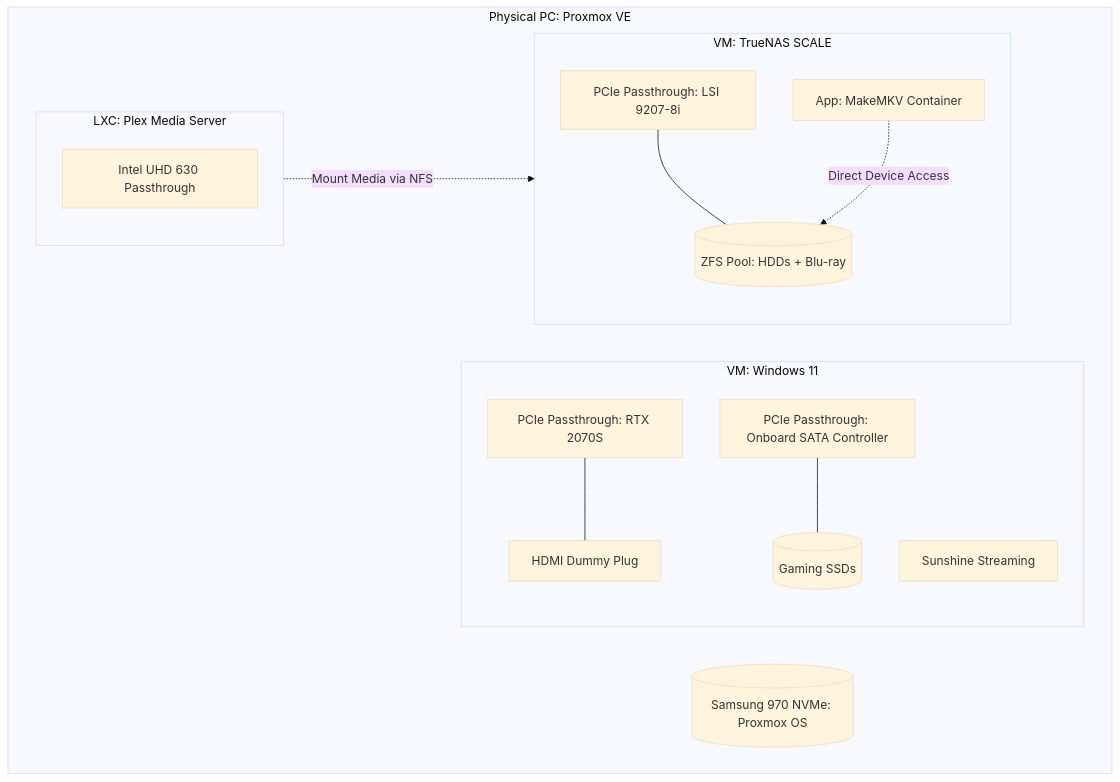
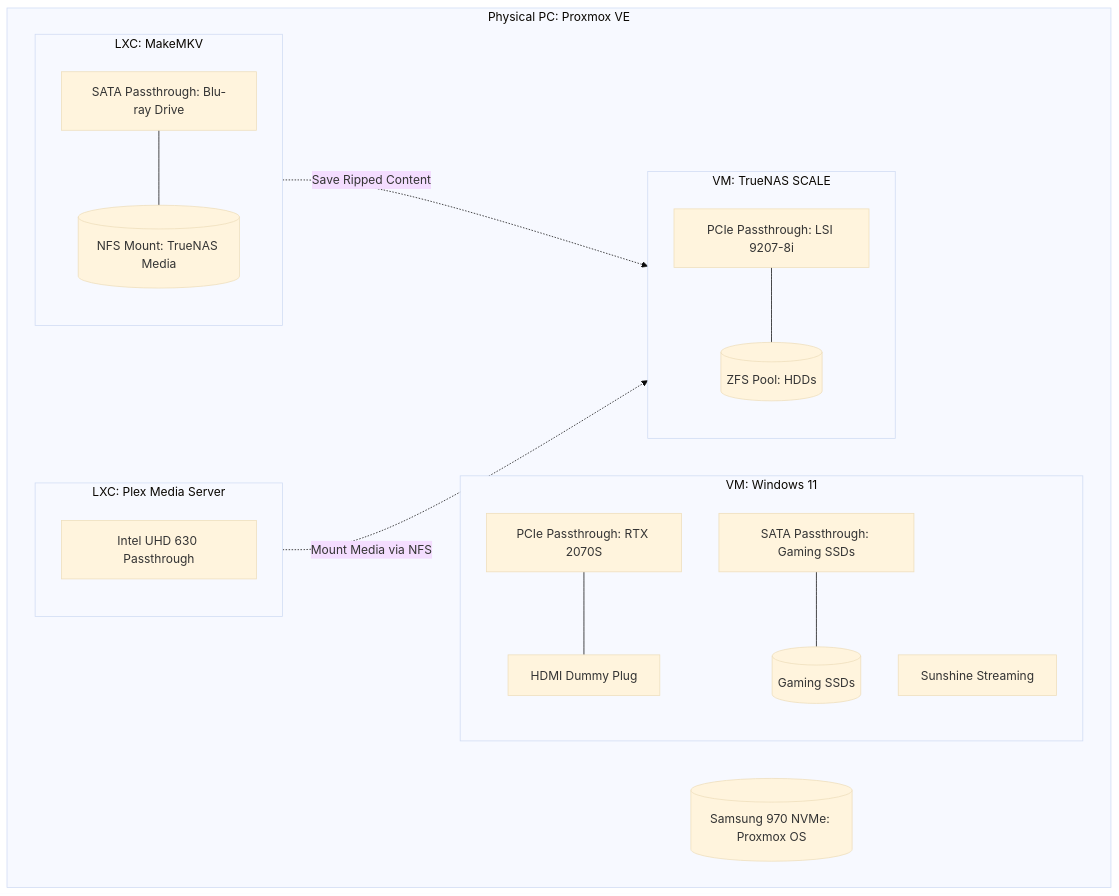
One commit to barronfuentes/homelab changed the third of 3 diagrams in README.md. Above: the diagram before and after it, drawn with Mermaid (base theme). The commit also changed other lines of this file, not shown here.

````diff
--- a/README.md
+++ b/README.md
@@ -100,30 +100,35 @@
 ```mermaid
 graph TB
     subgraph Proxmox_Host [Physical PC: Proxmox VE]
         NVMe[(Samsung 970 NVMe: Proxmox OS)]
         
         subgraph TrueNAS_VM [VM: TrueNAS SCALE]
             HBA[PCIe Passthrough: LSI 9207-8i]
-            Pool[(ZFS Pool: HDDs + Blu-ray)]
-            MKV[App: MakeMKV Container]
+            Pool[(ZFS Pool: HDDs)]
             HBA --- Pool
-            MKV -.->|Direct Device Access| Pool
+        end
+        
+        subgraph MakeMKV_LXC [LXC: MakeMKV]
+            SATA[SATA Passthrough: Blu-ray Drive]
+            Storage[(NFS Mount: TrueNAS Media)]
+            SATA --- Storage
         end
         
         subgraph Gaming_VM [VM: Windows 11]
             GPU[PCIe Passthrough: RTX 2070S]
-            SATA[PCIe Passthrough: Onboard SATA Controller]
+            SataCtrl[SATA Passthrough: Gaming SSDs]
             SSD[(Gaming SSDs)]
             HDMI[HDMI Dummy Plug]
             SUN[Sunshine Streaming]
             GPU --- HDMI
-            SATA --- SSD
+            SataCtrl --- SSD
         end
         
         subgraph Plex_LXC [LXC: Plex Media Server]
             iGPU[Intel UHD 630 Passthrough]
         end
     end
 
+    MakeMKV_LXC -.->|Save Ripped Content| TrueNAS_VM
     Plex_LXC -.->|Mount Media via NFS| TrueNAS_VM
 ```
````
